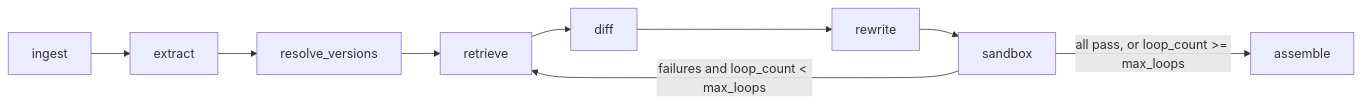
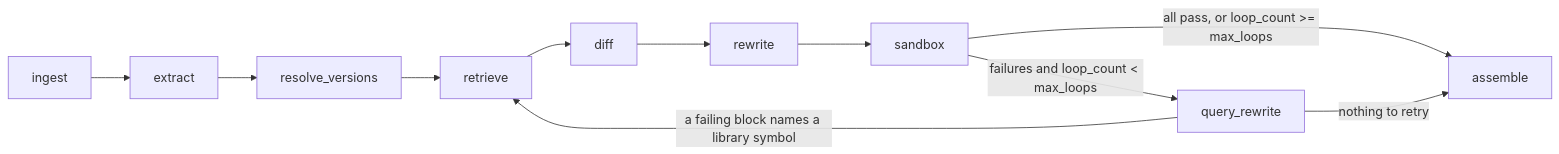
One commit to thorOdinson16/tutorial-fixer changed the diagram in README.md. Above: the diagram before and after it, drawn with Mermaid. The commit also changed other lines of this file and 9 other files, not shown here.

First line of the commit message:
Phase 4: sandbox feedback loop with error-driven query_rewrite

````diff
--- a/README.md
+++ b/README.md
@@ -18,6 +18,8 @@
 ```mermaid
 flowchart LR
     A[ingest] --> B[extract] --> C[resolve_versions] --> D[retrieve] --> E[diff] --> F[rewrite] --> G[sandbox]
     G -->|all pass, or loop_count >= max_loops| H[assemble]
-    G -->|failures and loop_count < max_loops| D
+    G -->|failures and loop_count < max_loops| Q[query_rewrite]
+    Q -->|a failing block names a library symbol| D
+    Q -->|nothing to retry| H
 ```
````
